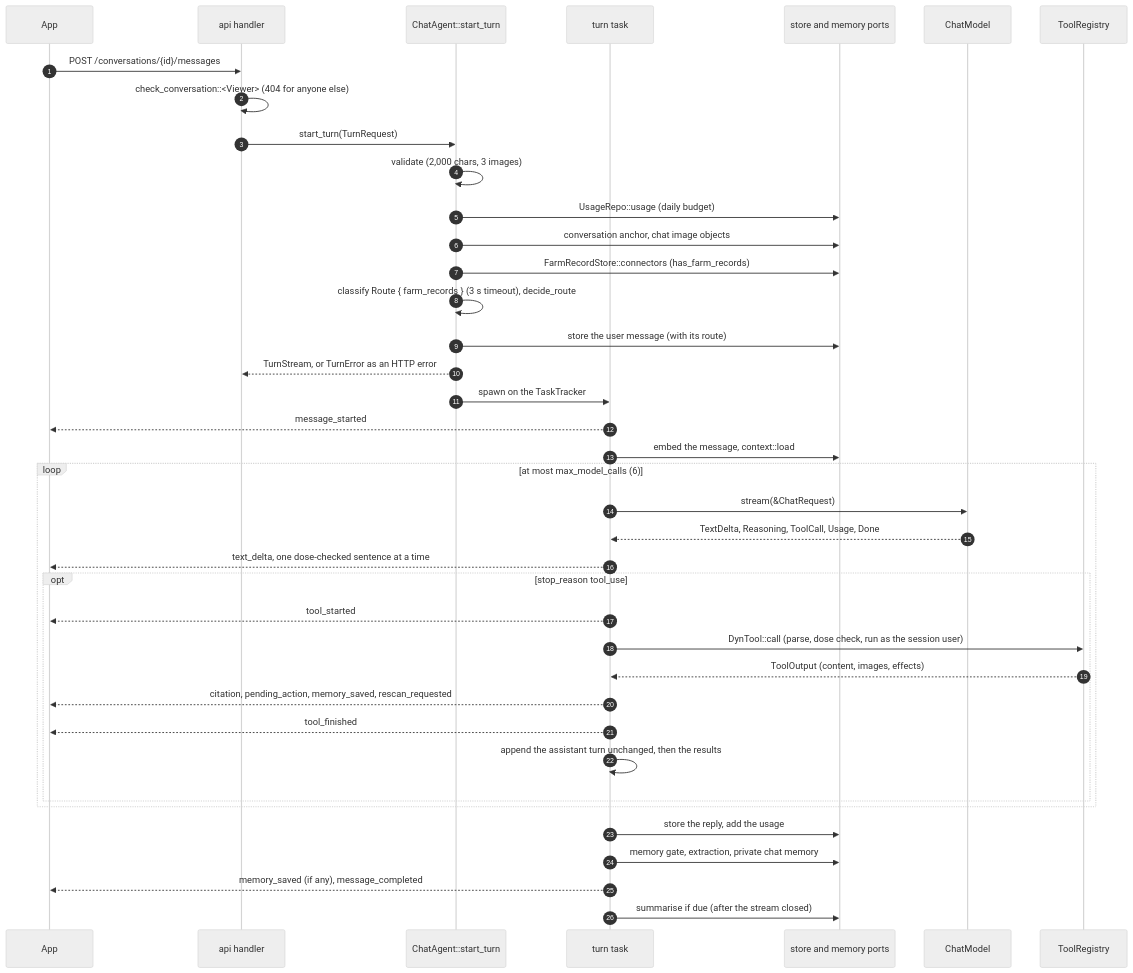
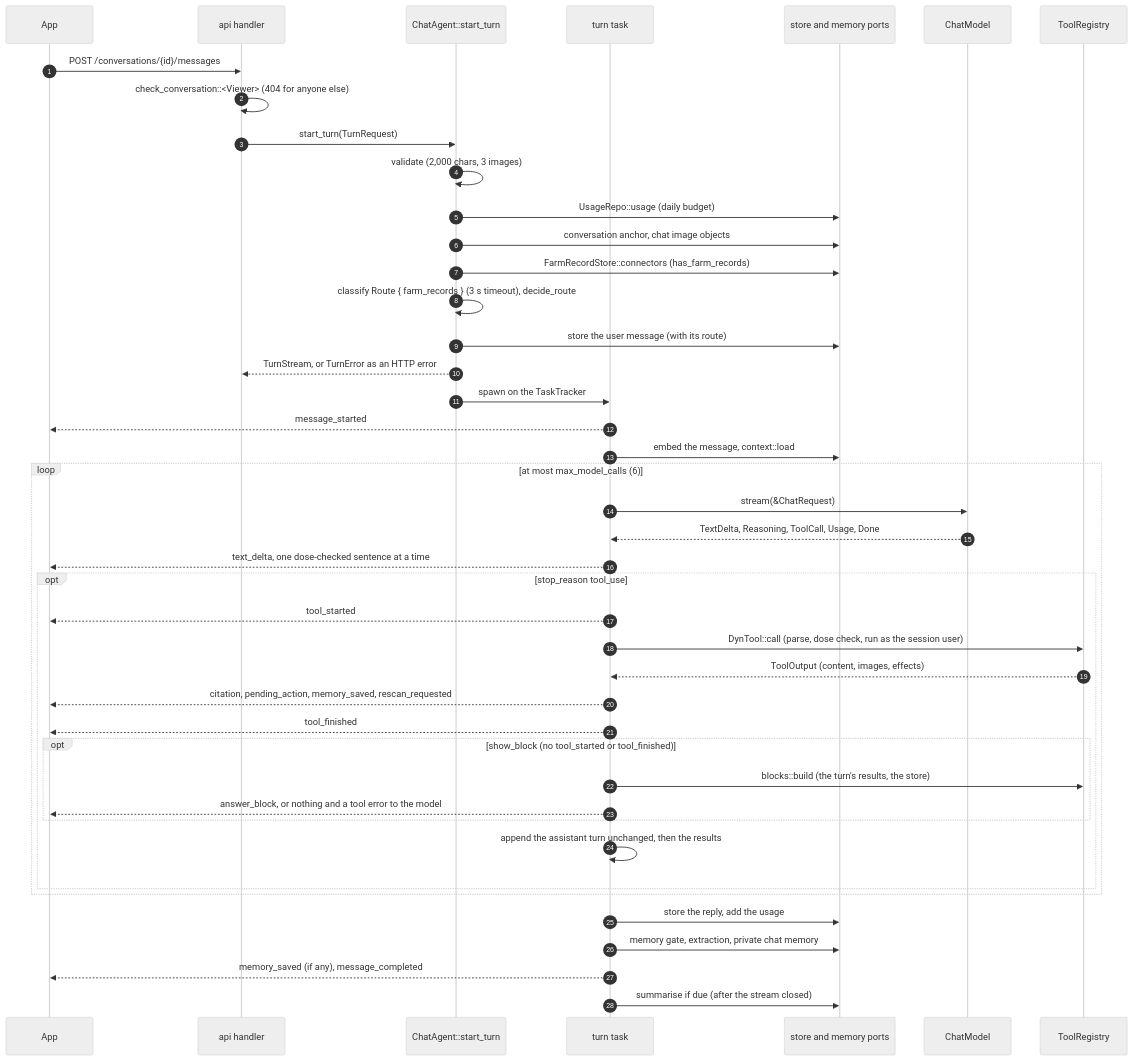
Before and after one commit to aacruzgon/GreenLens: the diagram in docs/backend/agent.md, drawn with Mermaid (neutral theme). The commit also changed other lines of this file and 12 other files, not shown here.

First line of the commit message:
docs(architecture,design,backend): answer blocks in contracts v0.11.0 and architecture v0.8.0

````diff
--- a/docs/backend/agent.md
+++ b/docs/backend/agent.md
@@ -2851,41 +2979,45 @@
 ```mermaid
 sequenceDiagram
     autonumber
     participant App
     participant Api as api handler
     participant Agent as ChatAgent::start_turn
     participant Task as turn task
     participant Store as store and memory ports
     participant Model as ChatModel
     participant Tools as ToolRegistry
     App->>Api: POST /conversations/{id}/messages
     Api->>Api: check_conversation::<Viewer> (404 for anyone else)
     Api->>Agent: start_turn(TurnRequest)
     Agent->>Agent: validate (2,000 chars, 3 images)
     Agent->>Store: UsageRepo::usage (daily budget)
     Agent->>Store: conversation anchor, chat image objects
     Agent->>Store: FarmRecordStore::connectors (has_farm_records)
     Agent->>Agent: classify Route { farm_records } (3 s timeout), decide_route
     Agent->>Store: store the user message (with its route)
     Agent-->>Api: TurnStream, or TurnError as an HTTP error
     Agent->>Task: spawn on the TaskTracker
     Task-->>App: message_started
     Task->>Store: embed the message, context::load
     loop at most max_model_calls (6)
         Task->>Model: stream(&ChatRequest)
         Model-->>Task: TextDelta, Reasoning, ToolCall, Usage, Done
         Task-->>App: text_delta, one dose-checked sentence at a time
         opt stop_reason tool_use
             Task-->>App: tool_started
             Task->>Tools: DynTool::call (parse, dose check, run as the session user)
             Tools-->>Task: ToolOutput (content, images, effects)
             Task-->>App: citation, pending_action, memory_saved, rescan_requested
             Task-->>App: tool_finished
+            opt show_block (no tool_started or tool_finished)
+                Task->>Tools: blocks::build (the turn's results, the store)
+                Task-->>App: answer_block, or nothing and a tool error to the model
+            end
             Task->>Task: append the assistant turn unchanged, then the results
         end
     end
     Task->>Store: store the reply, add the usage
     Task->>Store: memory gate, extraction, private chat memory
     Task-->>App: memory_saved (if any), message_completed
     Task->>Store: summarise if due (after the stream closed)
 ```
````
